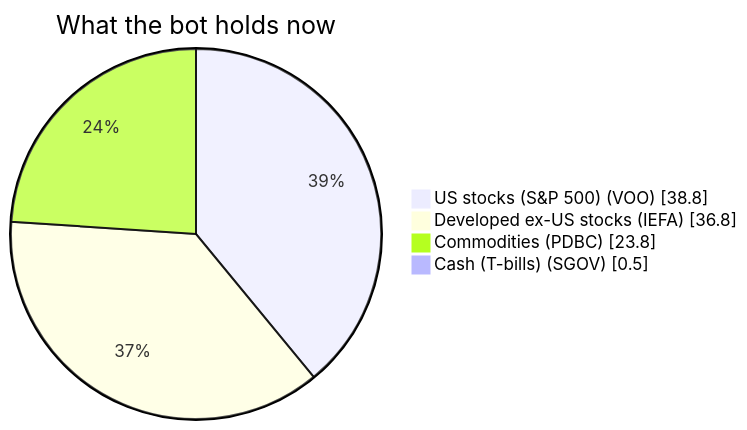
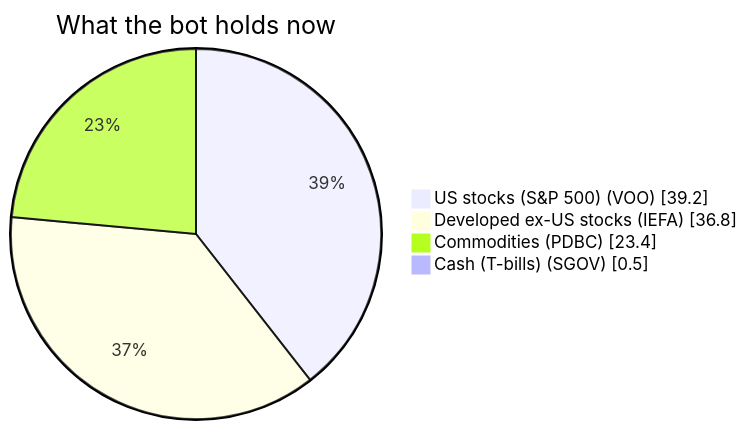
One commit to owlpowell50-creator/trading-bot changed the first of 2 diagrams in 00 - Bot Dashboard.md. Above: the diagram before and after it, drawn with Mermaid. The commit also changed other lines of this file and 14 other files, not shown here.

````diff
--- a/00 - Bot Dashboard.md
+++ b/00 - Bot Dashboard.md
@@ -43,7 +43,7 @@
 ```mermaid
 pie showData title What the bot holds now
-    "US stocks (S&P 500) (VOO)" : 38.8
+    "US stocks (S&P 500) (VOO)" : 39.2
     "Developed ex-US stocks (IEFA)" : 36.8
-    "Commodities (PDBC)" : 23.8
+    "Commodities (PDBC)" : 23.4
     "Cash (T-bills) (SGOV)" : 0.5
 ```
````
